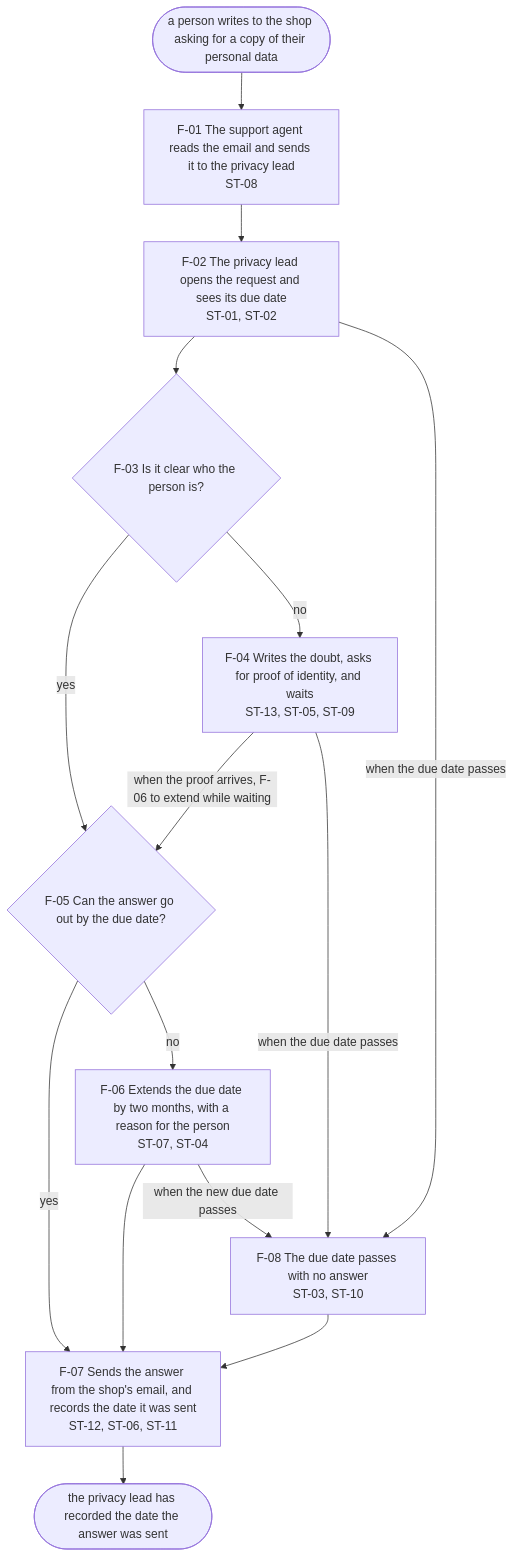
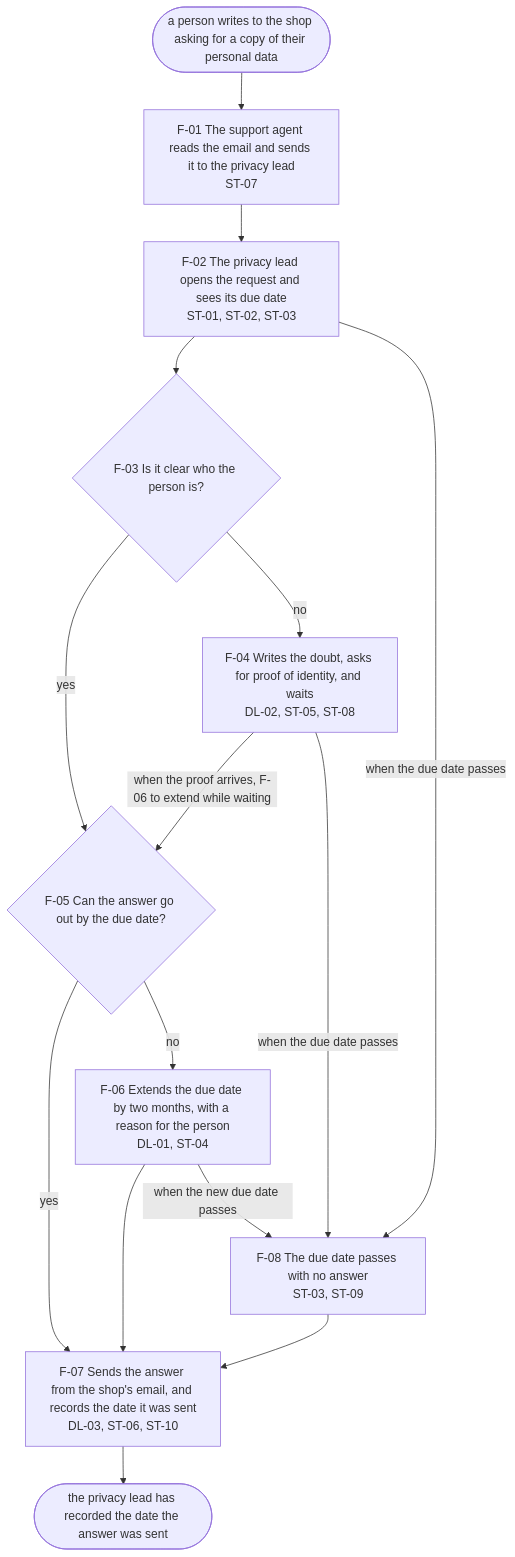
Before and after one commit to nayyymarques-eng/agentic-product-spec: the diagram in handoff/request.md, drawn with Mermaid. The commit also changed other lines of this file and 13 other files, not shown here.

First line of the commit message:
Dialogs are a layer over a state, named by the flow step that opens it

````diff
--- a/handoff/request.md
+++ b/handoff/request.md
@@ -16,26 +16,26 @@
 ```mermaid
 flowchart TD
   T(["a person writes to the shop asking for a copy of their personal data"])
   T --> F01
-  F01["F-01 The support agent reads the email and sends it to the privacy lead<br/>ST-08"]
-  F02["F-02 The privacy lead opens the request and sees its due date<br/>ST-01, ST-02"]
+  F01["F-01 The support agent reads the email and sends it to the privacy lead<br/>ST-07"]
+  F02["F-02 The privacy lead opens the request and sees its due date<br/>ST-01, ST-02, ST-03"]
   F03{"F-03 Is it clear who the person is?"}
-  F04["F-04 Writes the doubt, asks for proof of identity, and waits<br/>ST-13, ST-05, ST-09"]
+  F04["F-04 Writes the doubt, asks for proof of identity, and waits<br/>DL-02, ST-05, ST-08"]
   F05{"F-05 Can the answer go out by the due date?"}
-  F06["F-06 Extends the due date by two months, with a reason for the person<br/>ST-07, ST-04"]
-  F07["F-07 Sends the answer from the shop's email, and records the date it was sent<br/>ST-12, ST-06, ST-11"]
-  F08["F-08 The due date passes with no answer<br/>ST-03, ST-10"]
+  F06["F-06 Extends the due date by two months, with a reason for the person<br/>DL-01, ST-04"]
+  F07["F-07 Sends the answer from the shop's email, and records the date it was sent<br/>DL-03, ST-06, ST-10"]
+  F08["F-08 The due date passes with no answer<br/>ST-03, ST-09"]
   F01 --> F02
   F02 --> F03
   F02 -- "when the due date passes" --> F08
   F03 -- "yes" --> F05
   F03 -- "no" --> F04
   F04 -- "when the proof arrives, F-06 to extend while waiting" --> F05
   F04 -- "when the due date passes" --> F08
   F05 -- "yes" --> F07
   F05 -- "no" --> F06
   F06 --> F07
   F06 -- "when the new due date passes" --> F08
   F07 --> E(["the privacy lead has recorded the date the answer was sent"])
   F08 --> F07
 ```
````
